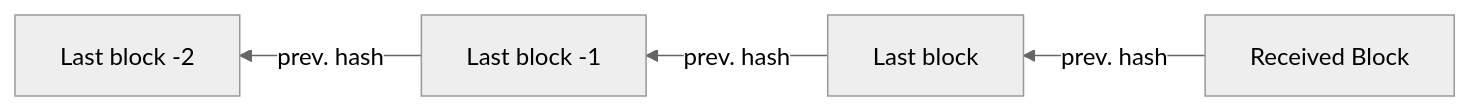
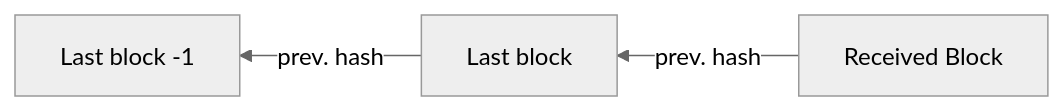
One commit to BartJagodzinski/voteChain changed the diagram in README.md. Above: the diagram before and after it, drawn with Mermaid (neutral theme). The commit also changed other lines of this file, not shown here.

````diff
--- a/README.md
+++ b/README.md
@@ -42,9 +42,7 @@
 ```mermaid
 graph RL
-B[Last block -2]
 B1[Last block -1]
 B2[Last block]
 RB[Received Block] -- prev. hash--> B2
 B2 -- prev. hash--> B1
-B1 -- prev. hash--> B
 ```
````
